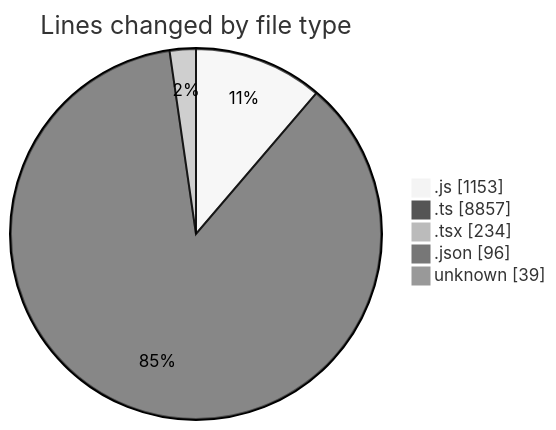
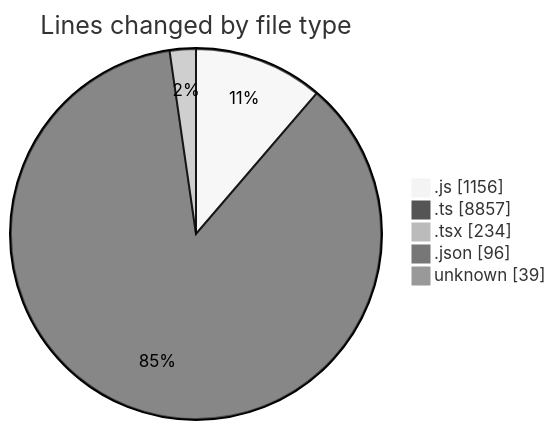
One commit to momahboobian/code-tracking changed the first of 2 diagrams in 2025-05-14/cda/README.md. Above: the diagram before and after it, drawn with Mermaid (neutral theme). The commit also changed other lines of this file and 1 other file, not shown here.

````diff
--- a/2025-05-14/cda/README.md
+++ b/2025-05-14/cda/README.md
@@ -30,9 +30,9 @@
 ```mermaid
 pie showData
 title Lines changed by file type
-".js" : 1153
+".js" : 1156
 ".ts" : 8857
 ".tsx" : 234
 ".json" : 96
 "unknown" : 39
 ```
````
